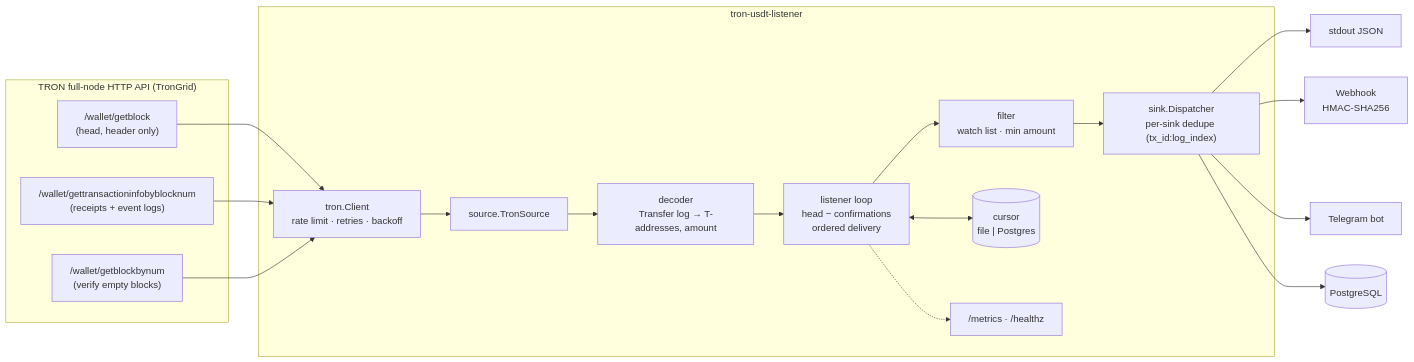
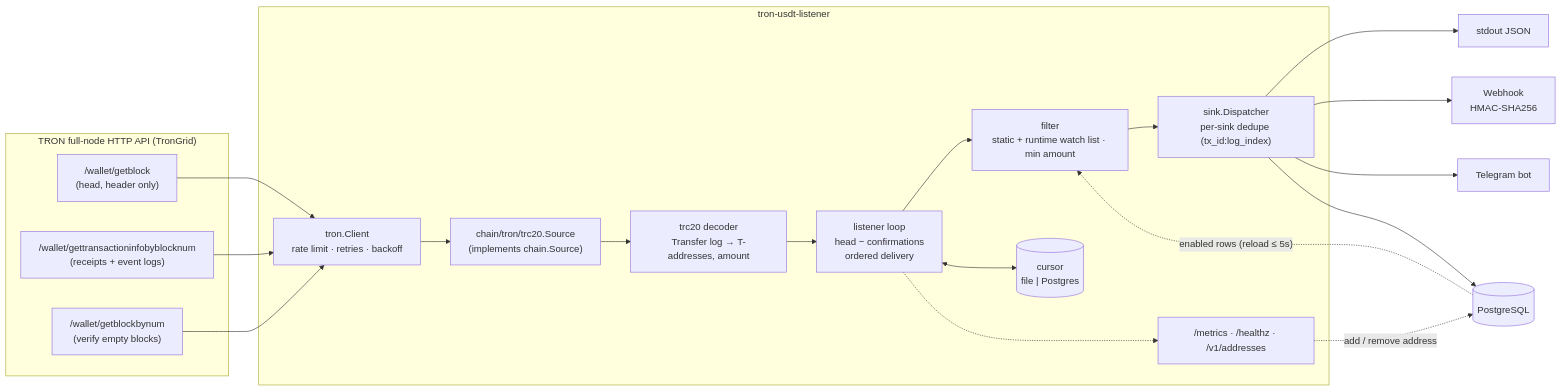
One commit to co-codin/USDT-Tracker changed the diagram in README.md. Above: the diagram before and after it, drawn with Mermaid. The commit also changed other lines of this file and 59 other files, not shown here.

First line of the commit message:
Add runtime watch-address API and Helm chart

````diff
--- a/README.md
+++ b/README.md
@@ -43,28 +46,30 @@
 ```mermaid
 flowchart LR
     subgraph TRON["TRON full-node HTTP API (TronGrid)"]
         H["/wallet/getblock<br/>(head, header only)"]
         I["/wallet/gettransactioninfobyblocknum<br/>(receipts + event logs)"]
         B["/wallet/getblockbynum<br/>(verify empty blocks)"]
     end
 
     subgraph L["tron-usdt-listener"]
         C["tron.Client<br/>rate limit · retries · backoff"]
-        S["source.TronSource"]
-        D["decoder<br/>Transfer log → T-addresses, amount"]
-        F["filter<br/>watch list · min amount"]
+        S["chain/tron/trc20.Source<br/>(implements chain.Source)"]
+        D["trc20 decoder<br/>Transfer log → T-addresses, amount"]
+        F["filter<br/>static + runtime watch list · min amount"]
         P["listener loop<br/>head − confirmations<br/>ordered delivery"]
         X["sink.Dispatcher<br/>per-sink dedupe (tx_id:log_index)"]
         K[("cursor<br/>file | Postgres")]
-        M["/metrics · /healthz"]
+        M["/metrics · /healthz · /v1/addresses"]
     end
 
     H & I & B --> C --> S --> D --> P
     P --> F --> X
     P <--> K
     X --> O["stdout JSON"]
     X --> W["Webhook<br/>HMAC-SHA256"]
     X --> T["Telegram bot"]
     X --> G[("PostgreSQL")]
     P -.-> M
+    M -. "add / remove address" .-> G
+    G -. "enabled rows (reload ≤ 5s)" .-> F
 ```
````
